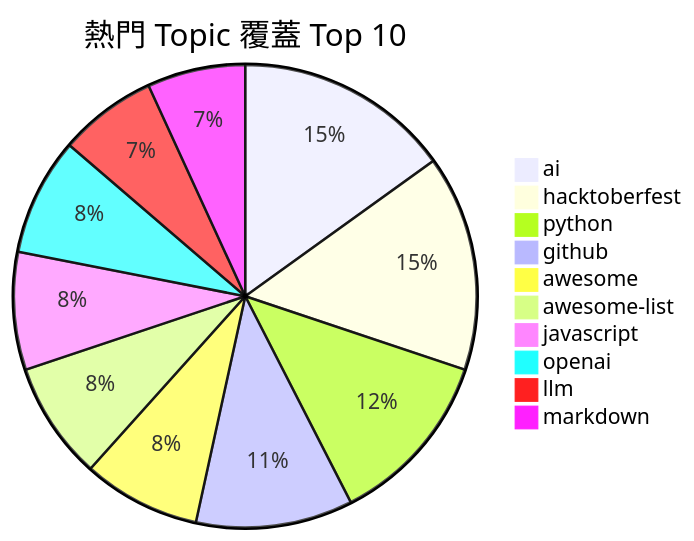
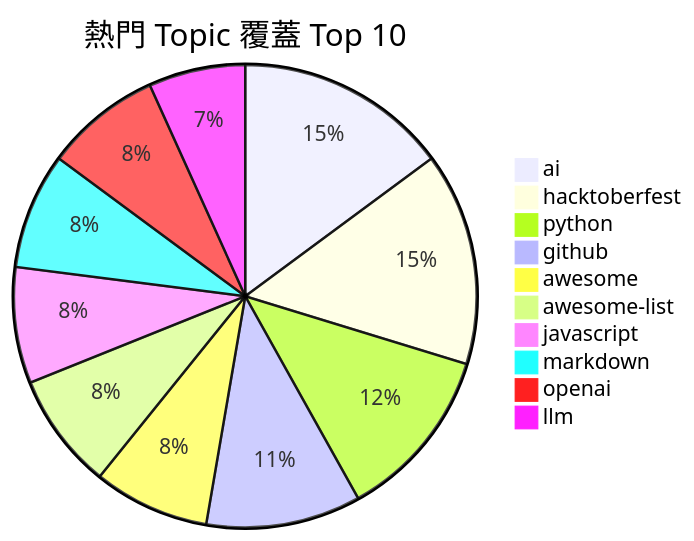
The first of 2 diagrams in README.md (Andy87877/GitHub-Star-Manager), drawn with Mermaid before and after one commit. The commit also changed other lines of this file and 3 other files, not shown here.

````diff
--- a/README.md
+++ b/README.md
@@ -11,13 +11,13 @@
 ```mermaid
 pie title 熱門 Topic 覆蓋 Top 10
     "ai" : 11
     "hacktoberfest" : 11
     "python" : 9
     "github" : 8
     "awesome" : 6
     "awesome-list" : 6
     "javascript" : 6
+    "markdown" : 6
     "openai" : 6
     "llm" : 5
-    "markdown" : 5
 ```
````
